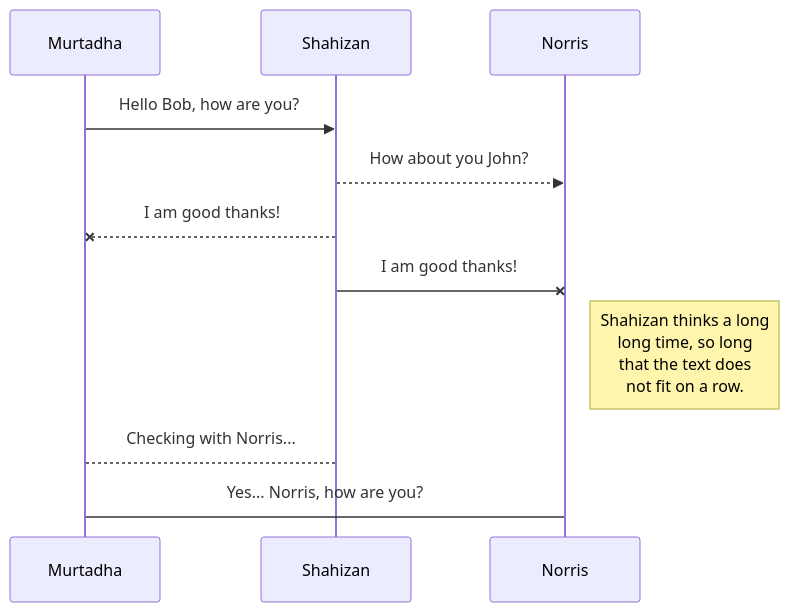
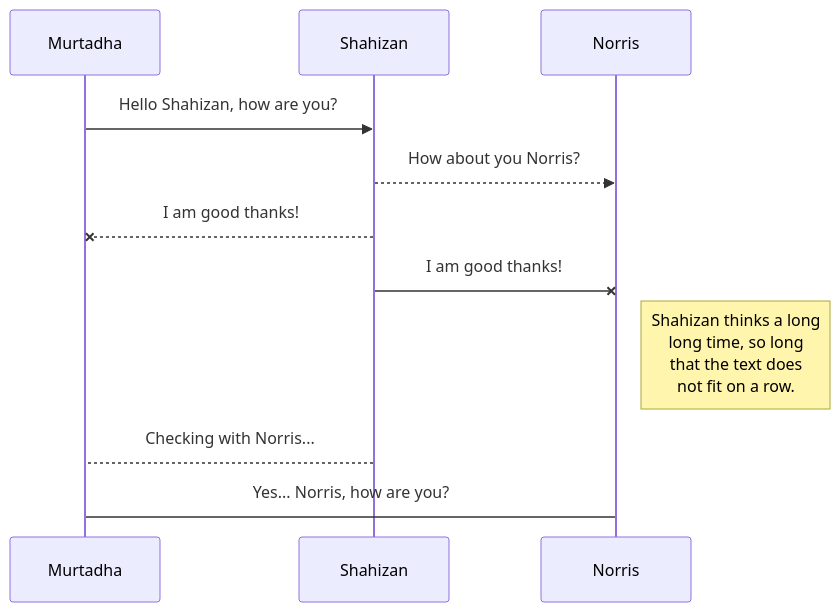
Before and after one commit to drshahizan/learn-github: the diagram in exercise/drM/readme.md, drawn with Mermaid.

````diff
--- a/exercise/drM/readme.md
+++ b/exercise/drM/readme.md
@@ -43,11 +43,11 @@
 ```mermaid
 sequenceDiagram
-Murtadha ->> Shahizan: Hello Bob, how are you?
-Shahizan-->>Norris: How about you John?
+Murtadha ->> Shahizan: Hello Shahizan, how are you?
+Shahizan-->>Norris: How about you Norris?
 Shahizan--x Murtadha: I am good thanks!
 Shahizan-x Norris: I am good thanks!
 Note right of Norris: Shahizan thinks a long<br/>long time, so long<br/>that the text does<br/>not fit on a row.
 
 Shahizan-->Murtadha: Checking with Norris...
 Murtadha->Norris: Yes... Norris, how are you?
 ```
````
